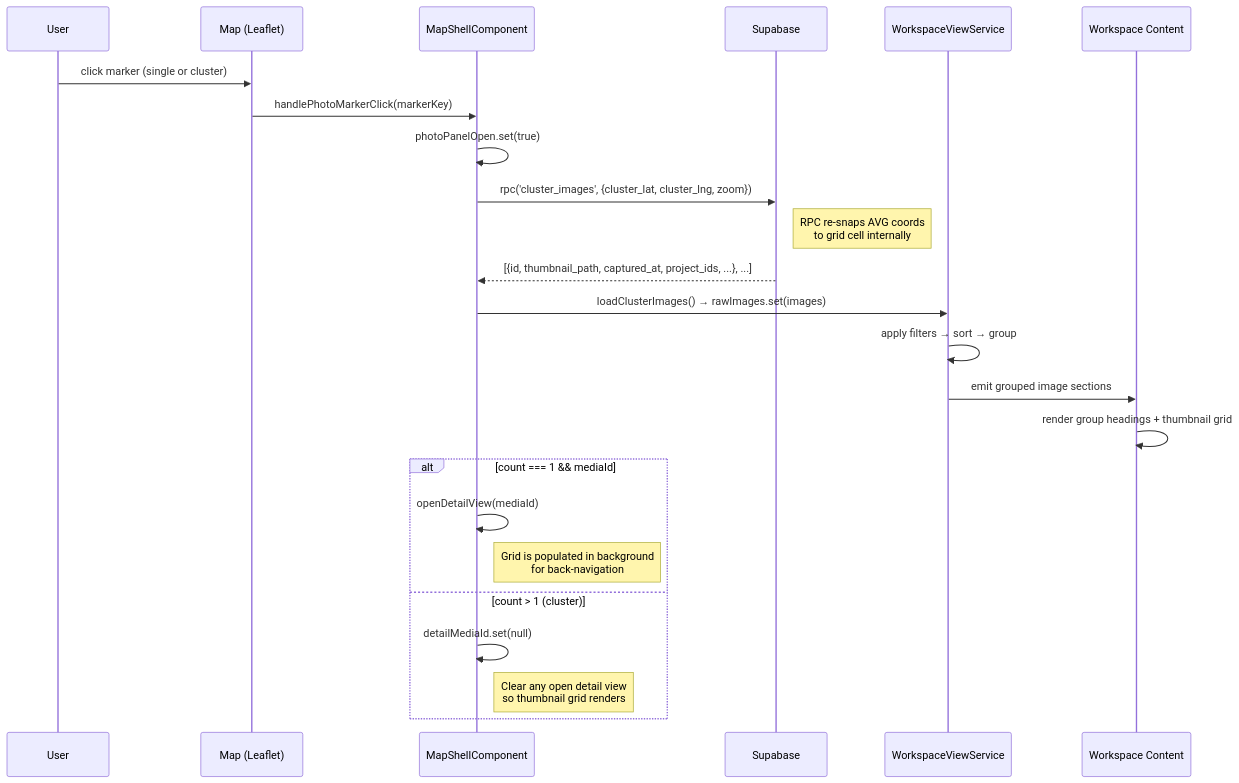
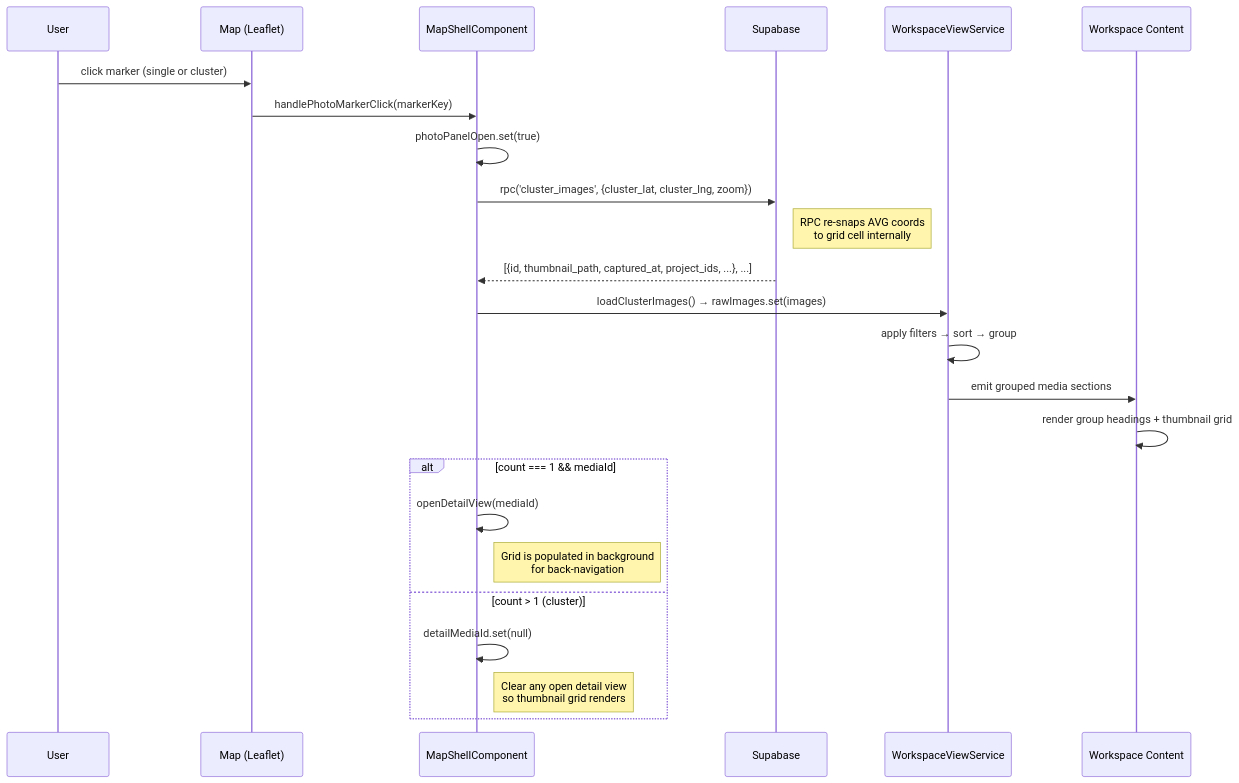
Before and after one commit to matkleve/feldpost: the second of 7 diagrams in docs/specs/service/workspace-view/workspace-view-system.md, drawn with Mermaid. The commit also changed other lines of this file and 26 other files, not shown here.

````diff
--- a/docs/specs/service/workspace-view/workspace-view-system.md
+++ b/docs/specs/service/workspace-view/workspace-view-system.md
@@ -184,27 +184,27 @@
 ```mermaid
 sequenceDiagram
     participant U as User
     participant Map as Map (Leaflet)
     participant MS as MapShellComponent
     participant Supa as Supabase
     participant WVS as WorkspaceViewService
     participant WP as Workspace Content
 
     U->>Map: click marker (single or cluster)
     Map->>MS: handlePhotoMarkerClick(markerKey)
     MS->>MS: photoPanelOpen.set(true)
     MS->>Supa: rpc('cluster_images', {cluster_lat, cluster_lng, zoom})
     Note right of Supa: RPC re-snaps AVG coords<br/>to grid cell internally
     Supa-->>MS: [{id, thumbnail_path, captured_at, project_ids, ...}, ...]
     MS->>WVS: loadClusterImages() → rawImages.set(images)
     WVS->>WVS: apply filters → sort → group
-    WVS->>WP: emit grouped image sections
+    WVS->>WP: emit grouped media sections
     WP->>WP: render group headings + thumbnail grid
     alt count === 1 && mediaId
         MS->>MS: openDetailView(mediaId)
         Note right of MS: Grid is populated in background<br/>for back-navigation
     else count > 1 (cluster)
         MS->>MS: detailMediaId.set(null)
         Note right of MS: Clear any open detail view<br/>so thumbnail grid renders
     end
 ```
````
